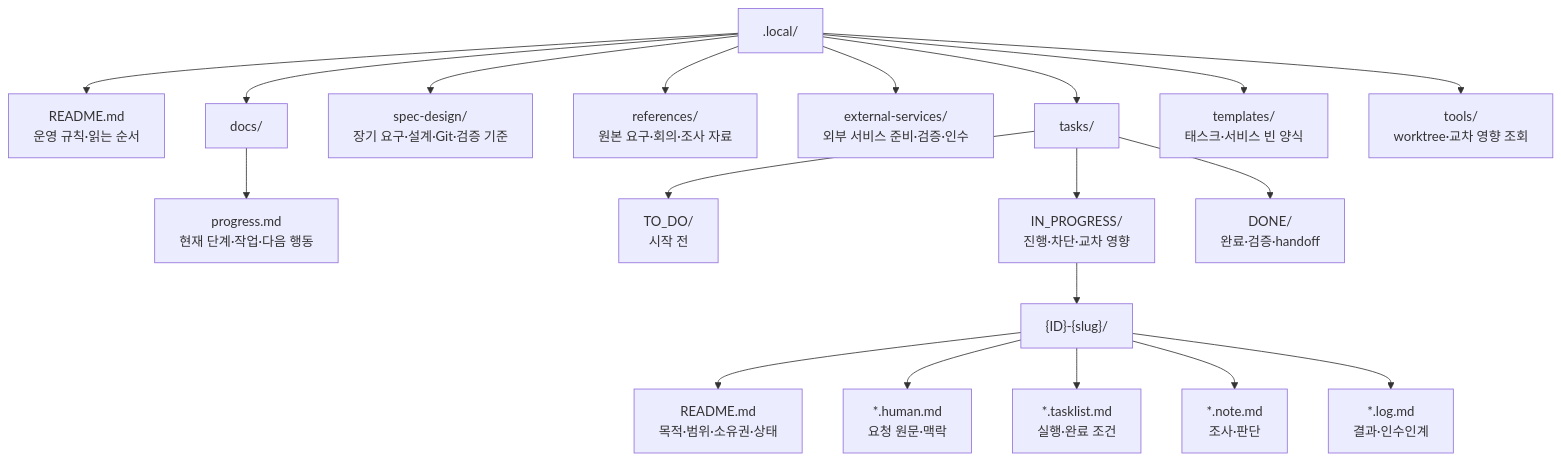
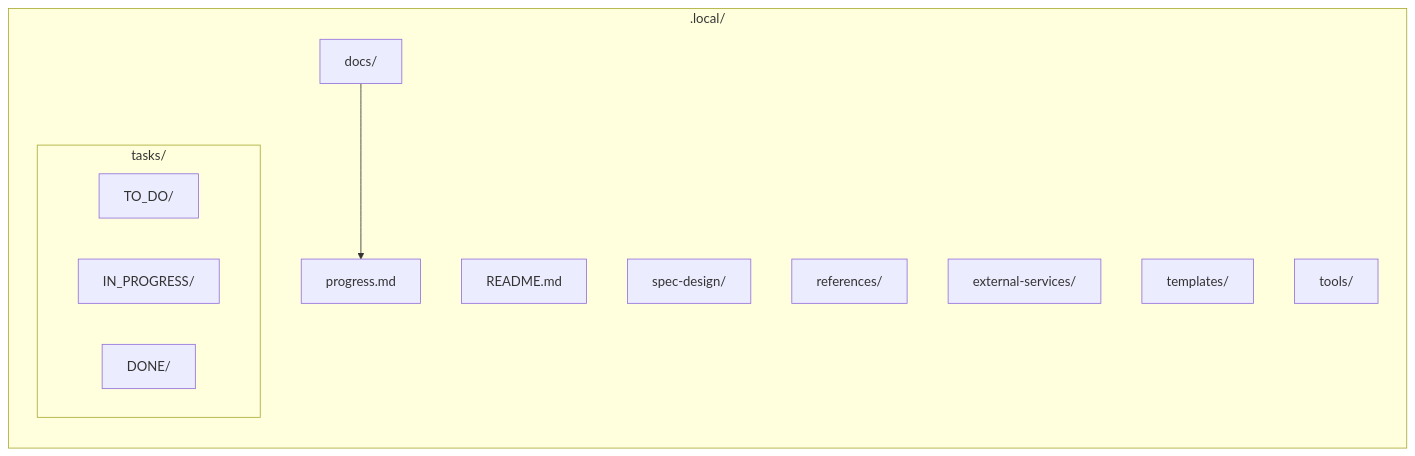
One commit to fliklab/agent-taskflow-template changed the second of 2 diagrams in README.md. Above: the diagram before and after it, drawn with Mermaid. The commit also changed other lines of this file, not shown here.

Commit message:
docs(readme): simplify local workflow diagrams

````diff
--- a/README.md
+++ b/README.md
@@ -40,22 +31,21 @@
 ```mermaid
 flowchart TB
-    Local[".local/"]
-    Local --> Guide["README.md<br/>운영 규칙·읽는 순서"]
-    Local --> Docs["docs/"]
-    Docs --> ProgressFile["progress.md<br/>현재 단계·작업·다음 행동"]
-    Local --> Specs["spec-design/<br/>장기 요구·설계·Git·검증 기준"]
-    Local --> Refs["references/<br/>원본 요구·회의·조사 자료"]
-    Local --> Services["external-services/<br/>외부 서비스 준비·검증·인수"]
-    Local --> Tasks["tasks/"]
-    Tasks --> TodoDir["TO_DO/<br/>시작 전"]
-    Tasks --> ActiveDir["IN_PROGRESS/<br/>진행·차단·교차 영향"]
-    Tasks --> DoneDir["DONE/<br/>완료·검증·handoff"]
-    ActiveDir --> TaskDir["{ID}-{slug}/"]
-    TaskDir --> TaskReadme["README.md<br/>목적·범위·소유권·상태"]
-    TaskDir --> Context["*.human.md<br/>요청 원문·맥락"]
-    TaskDir --> Checklist["*.tasklist.md<br/>실행·완료 조건"]
-    TaskDir --> Decision["*.note.md<br/>조사·판단"]
-    TaskDir --> Log["*.log.md<br/>결과·인수인계"]
-    Local --> TemplatesDir["templates/<br/>태스크·서비스 빈 양식"]
-    Local --> Tools["tools/<br/>worktree·교차 영향 조회"]
+    subgraph Local[".local/"]
+        direction TB
+        Guide["README.md"]
+        Specs["spec-design/"]
+        Refs["references/"]
+        Services["external-services/"]
+        Templates["templates/"]
+        Tools["tools/"]
+
+        Docs["docs/"] --> Progress["progress.md"]
+
+        subgraph Tasks["tasks/"]
+            direction LR
+            Todo["TO_DO/"]
+            Active["IN_PROGRESS/"]
+            Done["DONE/"]
+        end
+    end
 ```
````
